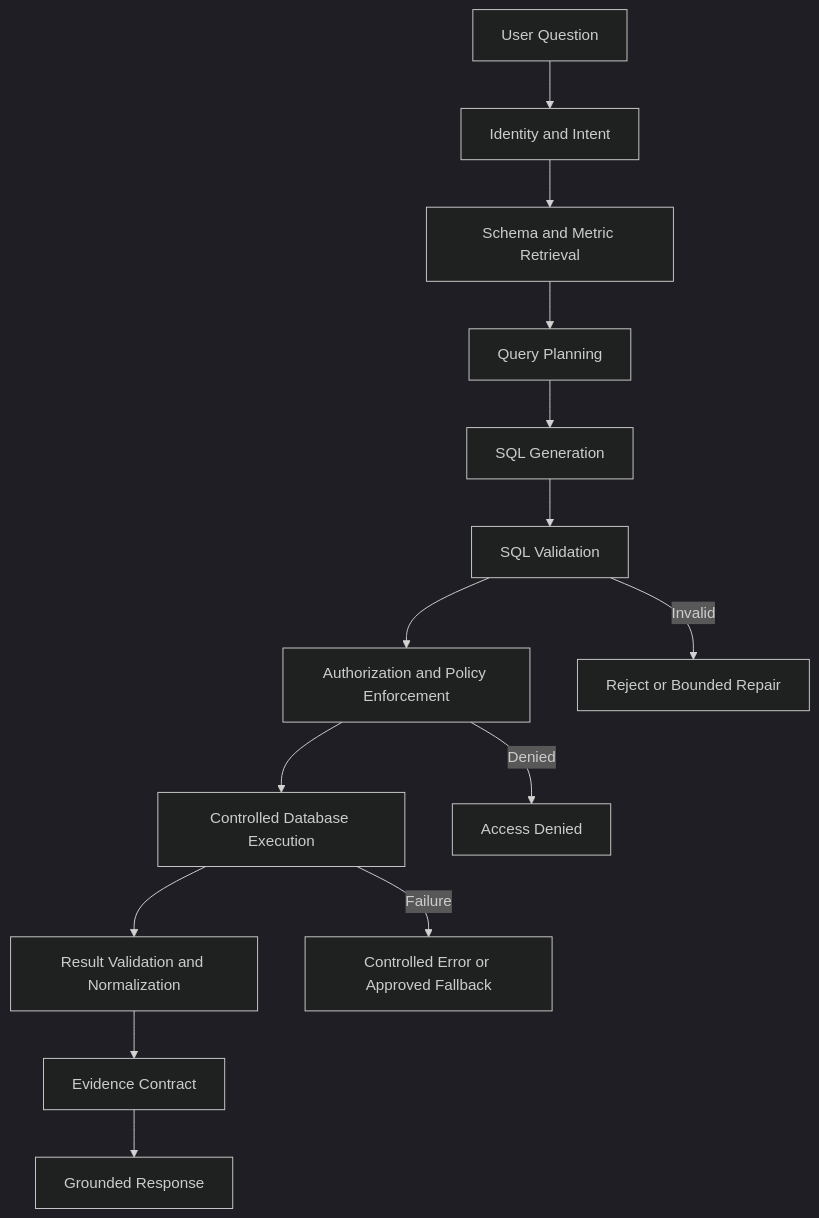
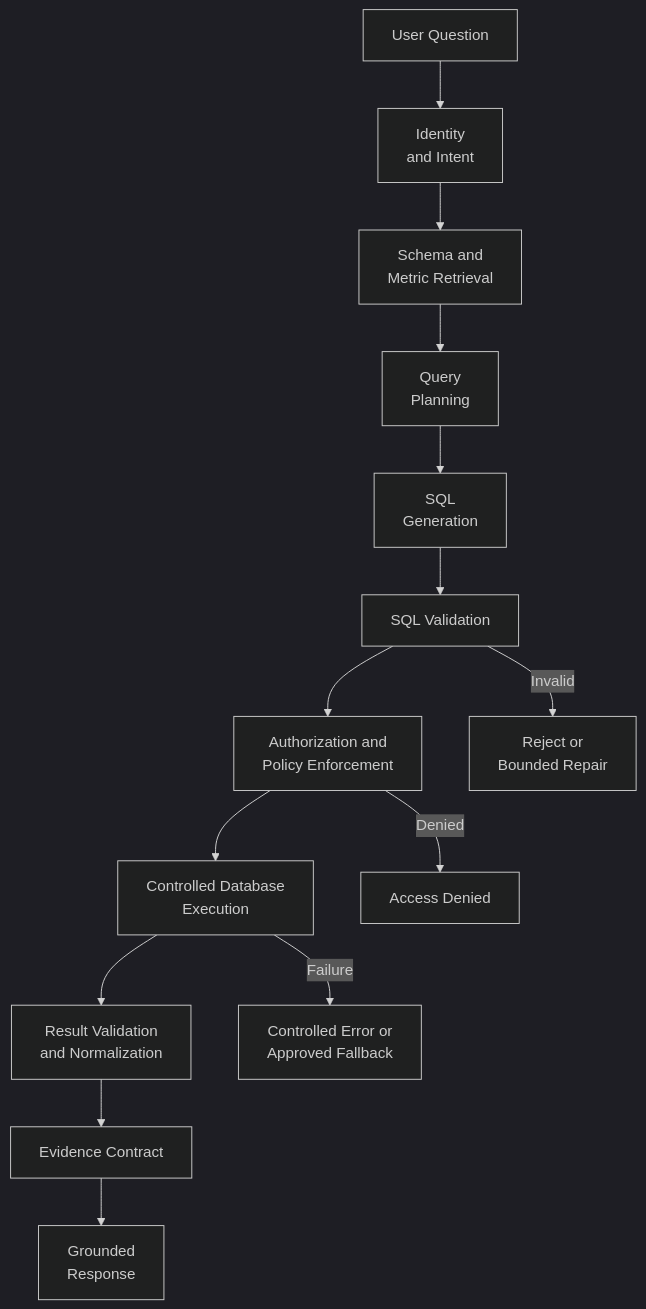
One commit to MihirKJha/enterprise-ai-blog changed the first of 4 diagrams in docs/architecture-insights/genai-and-rag/4.2_architecting_sql_rag_structured_enterprise_knowledge.md. Above: the diagram before and after it, drawn with Mermaid (dark theme). The commit also changed other lines of this file and 2 other files, not shown here.

````diff
--- a/docs/architecture-insights/genai-and-rag/4.2_architecting_sql_rag_structured_enterprise_knowledge.md
+++ b/docs/architecture-insights/genai-and-rag/4.2_architecting_sql_rag_structured_enterprise_knowledge.md
@@ -44,16 +44,16 @@
 ```mermaid
 flowchart TD
-    A[User Question] --> B[Identity and Intent]
-    B --> C[Schema and Metric Retrieval]
-    C --> D[Query Planning]
-    D --> E[SQL Generation]
+    A[User Question] --> B[Identity <br/>and Intent]
+    B --> C[Schema and <br/>Metric Retrieval]
+    C --> D[Query <br/>Planning]
+    D --> E[SQL <br/>Generation]
     E --> F[SQL Validation]
-    F --> G[Authorization and Policy Enforcement]
-    G --> H[Controlled Database Execution]
-    H --> I[Result Validation and Normalization]
+    F --> G[Authorization and<br/>Policy Enforcement]
+    G --> H[Controlled Database<br/>Execution]
+    H --> I[Result Validation<br/>and Normalization]
     I --> J[Evidence Contract]
-    J --> K[Grounded Response]
-    F -->|Invalid| X[Reject or Bounded Repair]
+    J --> K[Grounded <br/>Response]
+    F -->|Invalid| X[Reject or<br/> Bounded Repair]
     G -->|Denied| Y[Access Denied]
-    H -->|Failure| Z[Controlled Error or Approved Fallback]
+    H -->|Failure| Z[Controlled Error or<br/> Approved Fallback]
 ```
````
